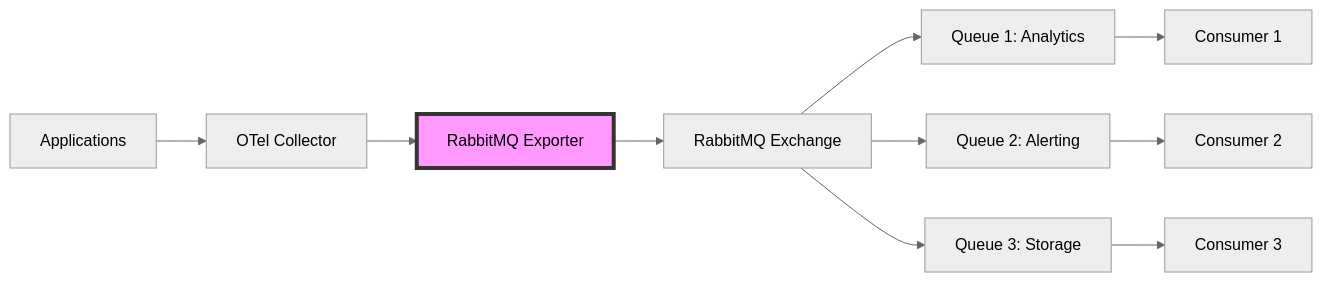
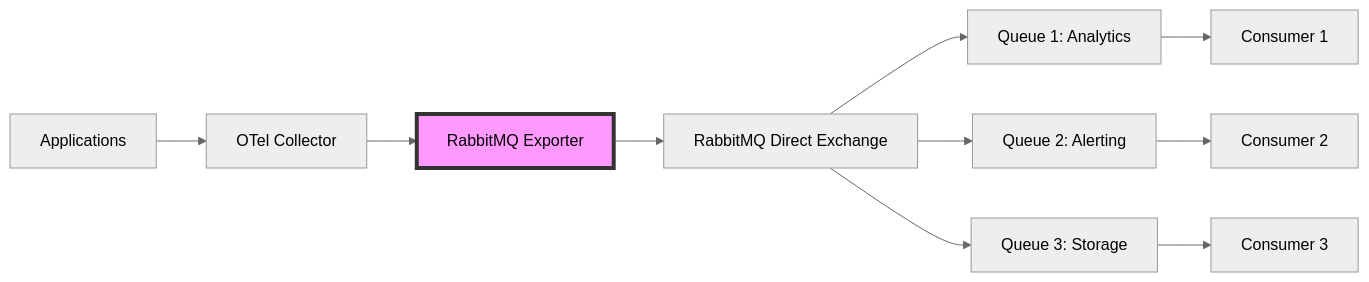
The diagram in posts/2026-02-06-rabbitmq-exporter-opentelemetry-collector/README.md (OneUptime/blog), drawn with Mermaid (neutral theme) before and after one commit. The commit also changed other lines of this file and 2 other files, not shown here.

````diff
--- a/posts/2026-02-06-rabbitmq-exporter-opentelemetry-collector/README.md
+++ b/posts/2026-02-06-rabbitmq-exporter-opentelemetry-collector/README.md
@@ -17,13 +17,13 @@
 ```mermaid
 graph LR
     A[Applications] --> B[OTel Collector]
     B --> C[RabbitMQ Exporter]
-    C --> D[RabbitMQ Exchange]
+    C --> D[RabbitMQ Direct Exchange]
     D --> E[Queue 1: Analytics]
     D --> F[Queue 2: Alerting]
     D --> G[Queue 3: Storage]
     E --> H[Consumer 1]
     F --> I[Consumer 2]
     G --> J[Consumer 3]
     style C fill:#f9f,stroke:#333,stroke-width:4px
 ```
````
